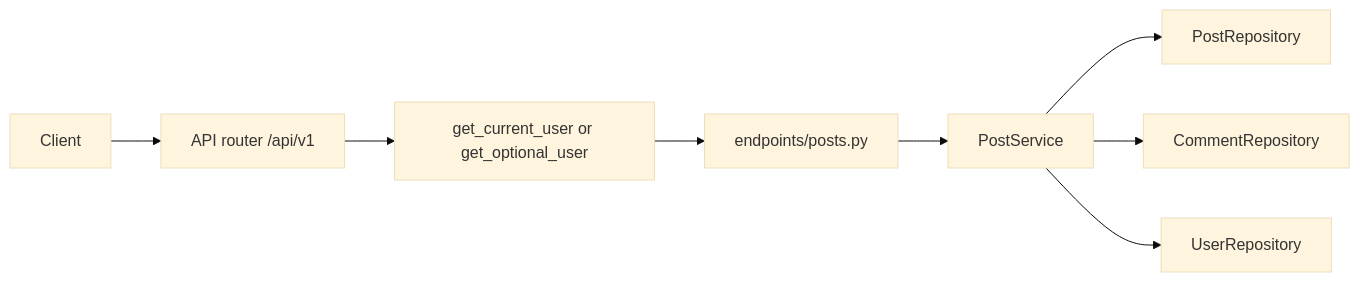
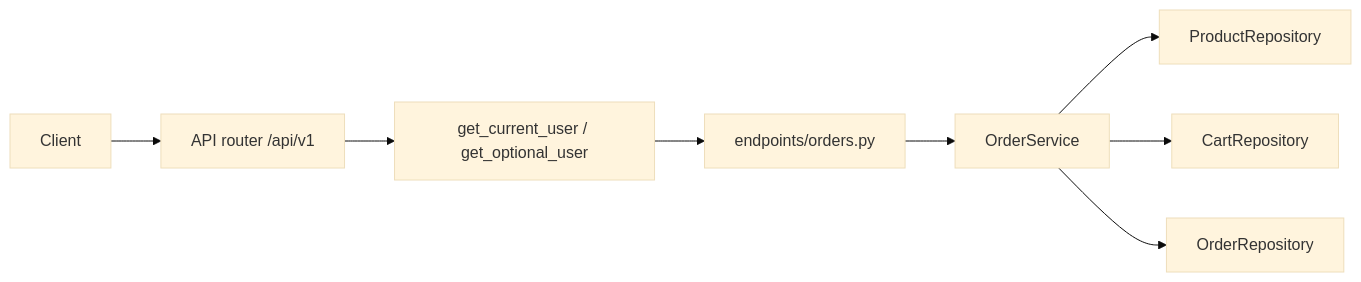
Before and after one commit to poluru-labs/fastapi-realworld-projects: the second of 2 diagrams in intermediate/fastapi-ecommerce/README.md, drawn with Mermaid (base theme). The commit also changed other lines of this file and 34 other files, not shown here.

````diff
--- a/intermediate/fastapi-ecommerce/README.md
+++ b/intermediate/fastapi-ecommerce/README.md
@@ -53,10 +64,10 @@
 ```mermaid
 flowchart LR
   Client --> Router["API router /api/v1"]
-  Router --> Deps["get_current_user or get_optional_user"]
-  Deps --> Endpoint["endpoints/posts.py"]
-  Endpoint --> Service["PostService"]
-  Service --> Posts["PostRepository"]
-  Service --> Comments["CommentRepository"]
-  Service --> Users["UserRepository"]
+  Router --> Deps["get_current_user / get_optional_user"]
+  Deps --> Endpoint["endpoints/orders.py"]
+  Endpoint --> Service["OrderService"]
+  Service --> Products["ProductRepository"]
+  Service --> Carts["CartRepository"]
+  Service --> Orders["OrderRepository"]
 ```
````
